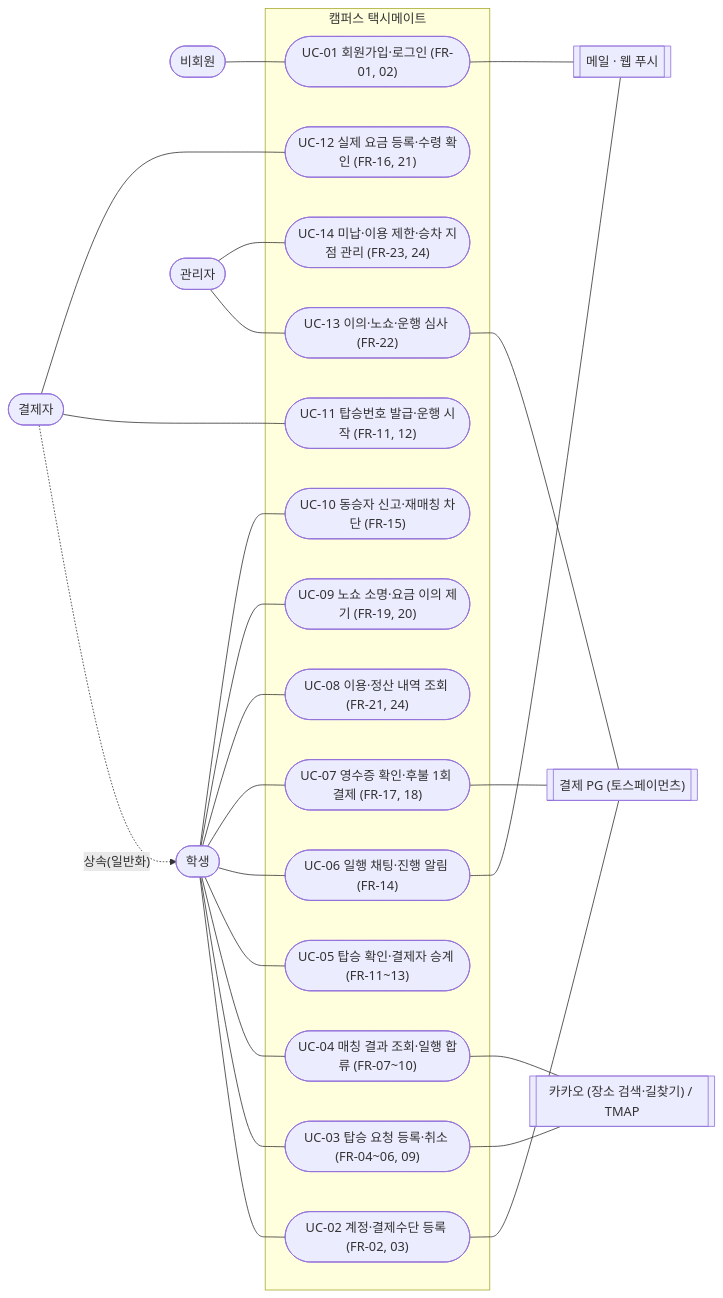
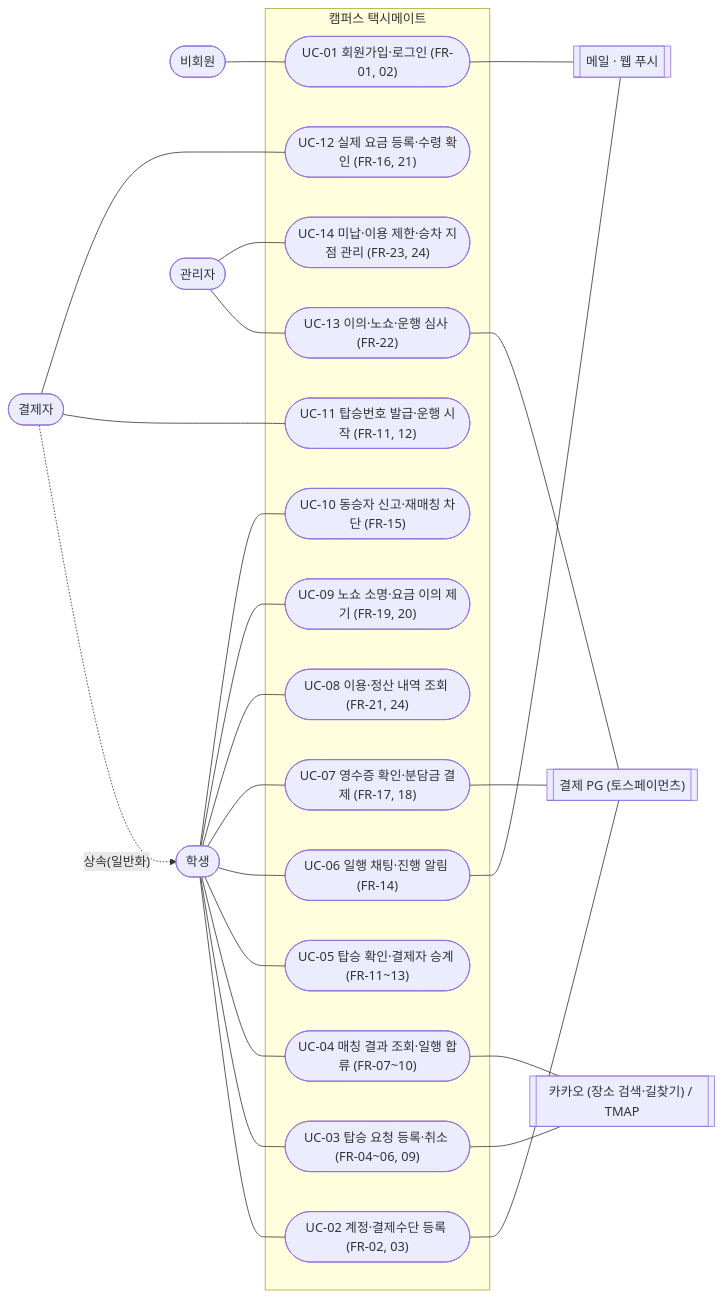
The diagram in docs/02-requirements/use-cases.md (djgfif/campus-taximate), drawn with Mermaid before and after one commit. The commit also changed other lines of this file and 11 other files, not shown here.

````diff
--- a/docs/02-requirements/use-cases.md
+++ b/docs/02-requirements/use-cases.md
@@ -26,55 +26,55 @@
 ```mermaid
 flowchart LR
   Guest(["비회원"])
   Student(["학생"])
   Payer(["결제자"])
   Admin(["관리자"])
 
   Payer -.->|"상속(일반화)"| Student
 
   subgraph System["캠퍼스 택시메이트"]
     UC01(["UC-01 회원가입·로그인 (FR-01, 02)"])
     UC02(["UC-02 계정·결제수단 등록 (FR-02, 03)"])
     UC03(["UC-03 탑승 요청 등록·취소 (FR-04~06, 09)"])
     UC04(["UC-04 매칭 결과 조회·일행 합류 (FR-07~10)"])
     UC05(["UC-05 탑승 확인·결제자 승계 (FR-11~13)"])
     UC06(["UC-06 일행 채팅·진행 알림 (FR-14)"])
-    UC07(["UC-07 영수증 확인·후불 1회 결제 (FR-17, 18)"])
+    UC07(["UC-07 영수증 확인·분담금 결제 (FR-17, 18)"])
     UC08(["UC-08 이용·정산 내역 조회 (FR-21, 24)"])
     UC09(["UC-09 노쇼 소명·요금 이의 제기 (FR-19, 20)"])
     UC10(["UC-10 동승자 신고·재매칭 차단 (FR-15)"])
     UC11(["UC-11 탑승번호 발급·운행 시작 (FR-11, 12)"])
     UC12(["UC-12 실제 요금 등록·수령 확인 (FR-16, 21)"])
     UC13(["UC-13 이의·노쇼·운행 심사 (FR-22)"])
     UC14(["UC-14 미납·이용 제한·승차 지점 관리 (FR-23, 24)"])
   end
 
   ExtRoute[["카카오 (장소 검색·길찾기) / TMAP"]]
   ExtPay[["결제 PG (토스페이먼츠)"]]
   ExtMail[["메일 · 웹 푸시"]]
 
   Guest --- UC01
   Student --- UC02
   Student --- UC03
   Student --- UC04
   Student --- UC05
   Student --- UC06
   Student --- UC07
   Student --- UC08
   Student --- UC09
   Student --- UC10
 
   Payer --- UC11
   Payer --- UC12
 
   Admin --- UC13
   Admin --- UC14
 
   UC01 --- ExtMail
   UC02 --- ExtPay
   UC03 --- ExtRoute
   UC04 --- ExtRoute
   UC06 --- ExtMail
   UC07 --- ExtPay
   UC13 --- ExtPay
 ```
````
